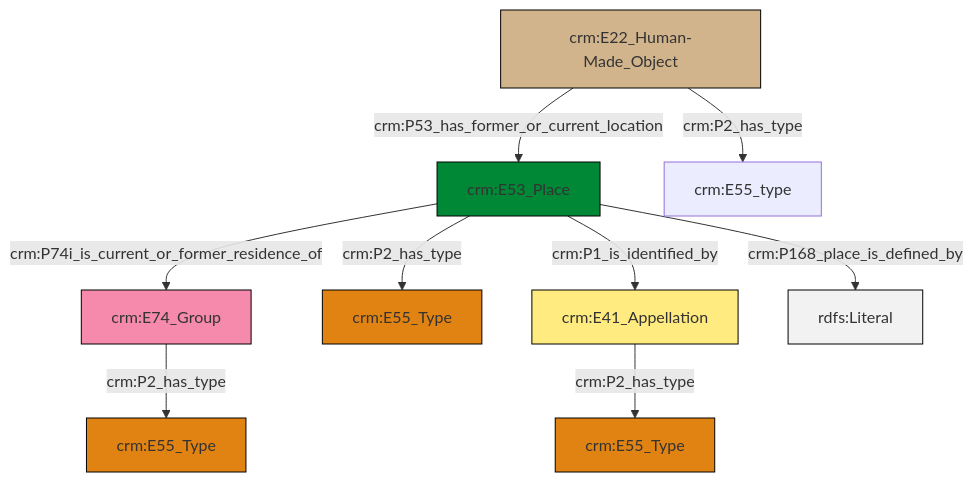
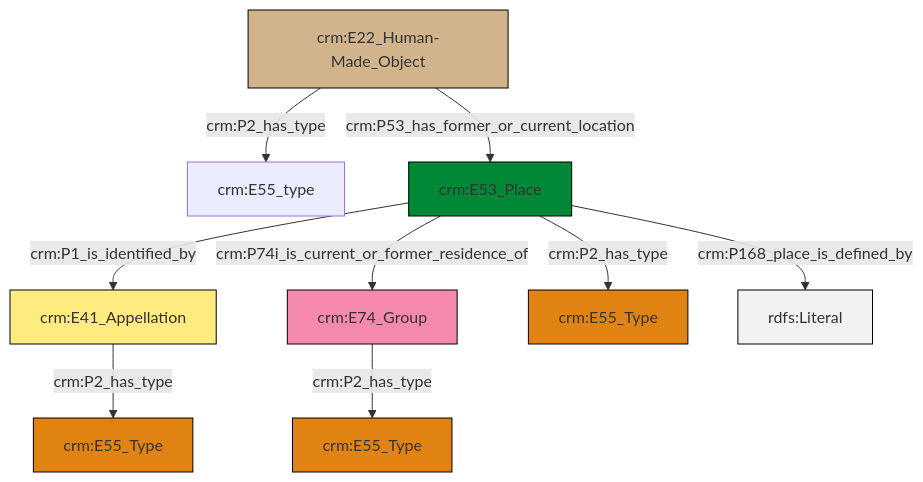
The diagram in et/artworkCSV/ttl/mmd/Artwork_Location.ttl.mmd (swiss-art-research-net/docs.swissartresearch), drawn with Mermaid before and after one commit. The commit also changed 183 other files, not shown here.

```diff
--- a/et/artworkCSV/ttl/mmd/Artwork_Location.ttl.mmd
+++ b/et/artworkCSV/ttl/mmd/Artwork_Location.ttl.mmd
@@ -1,23 +1,23 @@
 graph TD
 classDef Literal fill:#f2f2f2,stroke:#000000;
 classDef CRM_Entity fill:#FFFFFF,stroke:#000000;
 classDef Temporal_Entity fill:#00C9E6, stroke:#000000;
 classDef Type fill:#E18312, stroke:#000000;
 classDef Time-Span fill:#2C9C91, stroke:#000000;
 classDef Appellation fill:#FFEB7F, stroke:#000000;
 classDef Place fill:#008836, stroke:#000000;
 classDef Persistent_Item fill:#B266B2, stroke:#000000;
 classDef Conceptual_Object fill:#FFD700, stroke:#000000;
 classDef Physical_Thing fill:#D2B48C, stroke:#000000;
 classDef Actor fill:#f58aad, stroke:#000000;
 classDef PC_Classes fill:#4ce600, stroke:#000000;
 classDef Multi fill:#cccccc,stroke:#000000;
 
-0["crm:E53_Place"]:::Place -->|crm:P74i_is_current_or_former_residence_of| 1["crm:E74_Group"]:::Actor
-1["crm:E74_Group"]:::Actor -->|crm:P2_has_type| 2["crm:E55_Type"]:::Type
-0["crm:E53_Place"]:::Place -->|crm:P168_place_is_defined_by| 16[rdfs:Literal]:::Literal
-18["crm:E22_Human-Made_Object"]:::Physical_Thing -->|crm:P2_has_type| 14["crm:E55_type"]:::Default
-0["crm:E53_Place"]:::Place -->|crm:P1_is_identified_by| 9["crm:E41_Appellation"]:::Appellation
-18["crm:E22_Human-Made_Object"]:::Physical_Thing -->|crm:P53_has_former_or_current_location| 0["crm:E53_Place"]:::Place
-9["crm:E41_Appellation"]:::Appellation -->|crm:P2_has_type| 11["crm:E55_Type"]:::Type
-0["crm:E53_Place"]:::Place -->|crm:P2_has_type| 5["crm:E55_Type"]:::Type
+0["crm:E22_Human-Made_Object"]:::Physical_Thing -->|crm:P2_has_type| 1["crm:E55_type"]:::Default
+2["crm:E53_Place"]:::Place -->|crm:P1_is_identified_by| 3["crm:E41_Appellation"]:::Appellation
+2["crm:E53_Place"]:::Place -->|crm:P2_has_type| 6["crm:E55_Type"]:::Type
+2["crm:E53_Place"]:::Place -->|crm:P168_place_is_defined_by| 12[rdfs:Literal]:::Literal
+0["crm:E22_Human-Made_Object"]:::Physical_Thing -->|crm:P53_has_former_or_current_location| 2["crm:E53_Place"]:::Place
+3["crm:E41_Appellation"]:::Appellation -->|crm:P2_has_type| 13["crm:E55_Type"]:::Type
+2["crm:E53_Place"]:::Place -->|crm:P74i_is_current_or_former_residence_of| 4["crm:E74_Group"]:::Actor
+4["crm:E74_Group"]:::Actor -->|crm:P2_has_type| 10["crm:E55_Type"]:::Type
```
